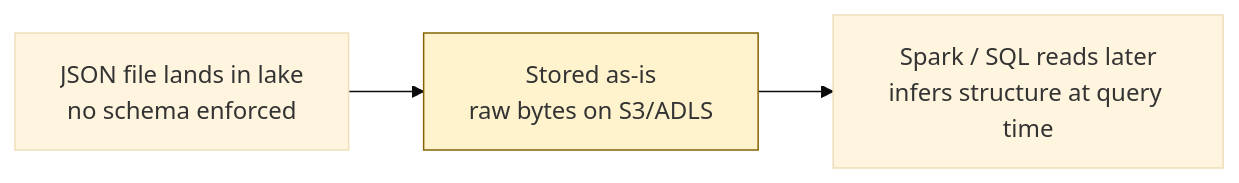
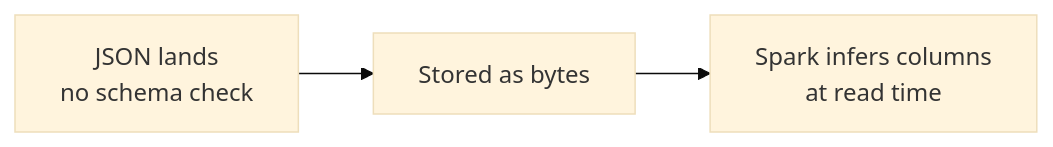
One commit to adnanrahin/adnanrahin.github.io changed the third of 5 diagrams in data-architecture/data-lake.md. Above: the diagram before and after it, drawn with Mermaid (base theme). The commit also changed other lines of this file and 5 other files, not shown here.

````diff
--- a/data-architecture/data-lake.md
+++ b/data-architecture/data-lake.md
@@ -94,9 +95,7 @@
 ```mermaid
 flowchart LR
-    JSON["JSON file lands in lake<br/>no schema enforced"]
-    STORE["Stored as-is<br/>raw bytes on S3/ADLS"]
-    READ["Spark / SQL reads later<br/>infers structure at query time"]
-    JSON --> STORE --> READ
-
-    style STORE fill:#FFF3CD,stroke:#856404
+    JSON["JSON lands<br/>no schema check"]
+    S3["Stored as bytes"]
+    READ["Spark infers columns<br/>at read time"]
+    JSON --> S3 --> READ
 ```
````
